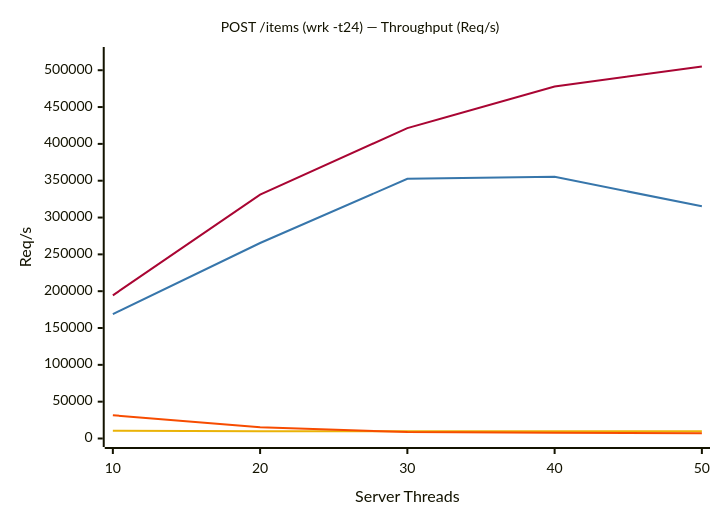
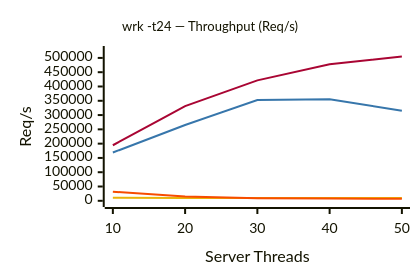
One commit to erlpython/epython changed the second of 4 diagrams in README.md. Above: the diagram before and after it, drawn with Mermaid. The commit also changed other lines of this file, not shown here.

````diff
--- a/README.md
+++ b/README.md
@@ -133,18 +87,20 @@
 ```mermaid
 ---
 config:
   xyChart:
-    titleFontSize: 14
+    width: 400
+    height: 260
+    titleFontSize: 13
   themeVariables:
     xyChart:
       plotColorPalette: "#A90533, #3776AB, #EAB308, #F74C00"
 ---
 xychart-beta
-    title "POST /items (wrk -t24) — Throughput (Req/s)"
+    title "wrk -t24 — Throughput (Req/s)"
     x-axis "Server Threads" ["10", "20", "30", "40", "50"]
     y-axis "Req/s" 0 --> 520000
     line [194391, 331119, 421401, 477779, 505087]
     line [168933, 265390, 352548, 355248, 315231]
     line [10398, 9926, 9699, 9749, 9694]
     line [31543, 15186, 8727, 7794, 7272]
 ```
````
